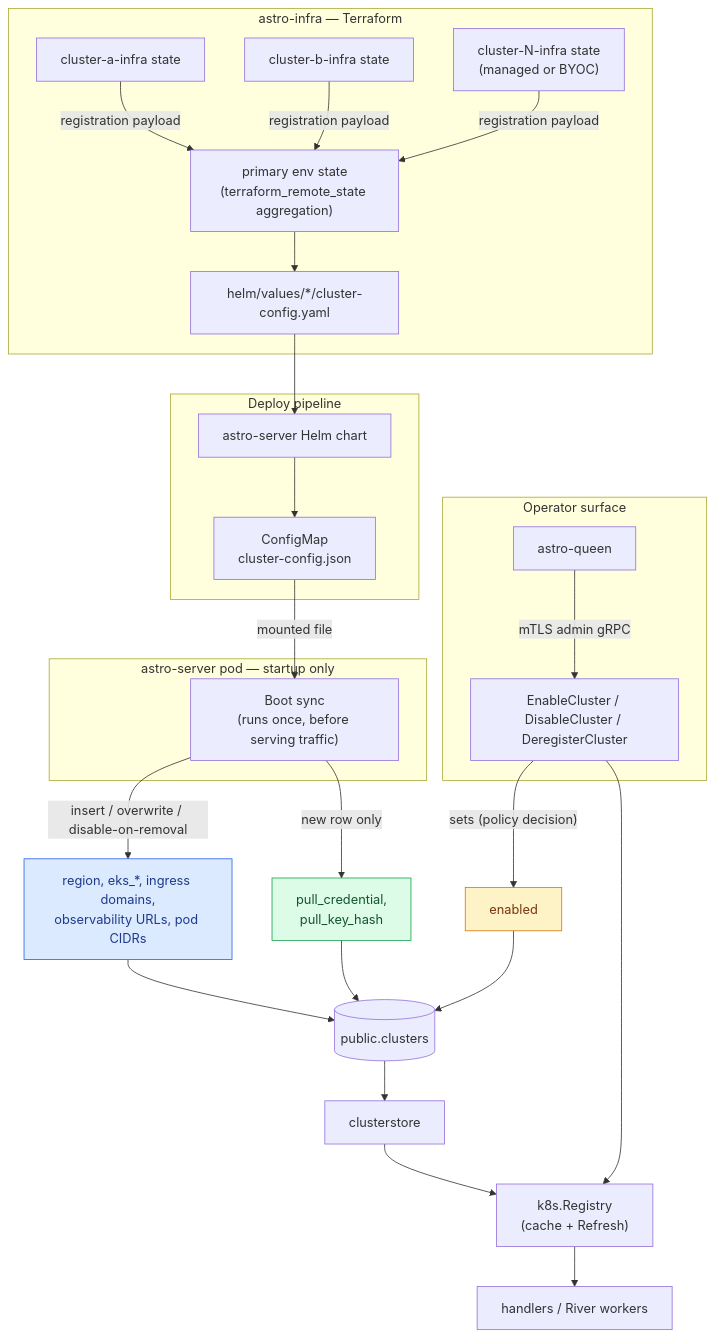
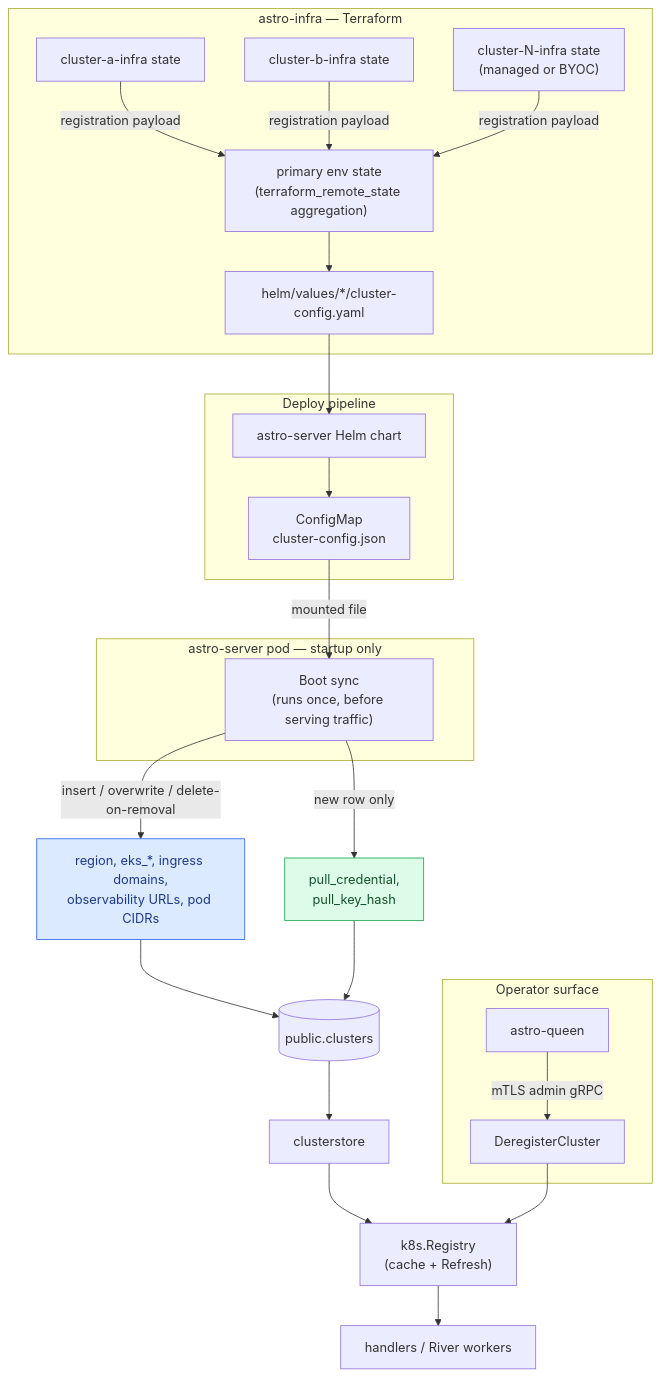
The diagram in docs/01-spec/cluster-registration-config-spec.md (astropods/astro-cli), drawn with Mermaid before and after one commit. The commit also changed other lines of this file and 46 other files, not shown here.

First line of the commit message:
Cluster config boot sync: drop primary-vs-additional split (#1953)

````diff
--- a/docs/01-spec/cluster-registration-config-spec.md
+++ b/docs/01-spec/cluster-registration-config-spec.md
@@ -21,44 +21,42 @@
 ```mermaid
 flowchart TD
     classDef config fill:#dbeafe,stroke:#2563eb,color:#1e3a8a
     classDef operator fill:#fef3c7,stroke:#d97706,color:#78350f
     classDef generated fill:#dcfce7,stroke:#16a34a,color:#14532d
 
     subgraph INFRA["astro-infra — Terraform"]
         C1["cluster-a-infra state"]
         C2["cluster-b-infra state"]
         CN["cluster-N-infra state<br/>(managed or BYOC)"]
         PRIMARY["primary env state<br/>(terraform_remote_state aggregation)"]
         C1 -- registration payload --> PRIMARY
         C2 -- registration payload --> PRIMARY
         CN -- registration payload --> PRIMARY
         PRIMARY --> VALUES["helm/values/*/cluster-config.yaml"]
     end
 
     subgraph DEPLOY["Deploy pipeline"]
         VALUES --> CHART["astro-server Helm chart"]
         CHART --> CM["ConfigMap<br/>cluster-config.json"]
     end
 
     subgraph POD["astro-server pod — startup only"]
         CM -- mounted file --> BOOT["Boot sync<br/>(runs once, before serving traffic)"]
     end
 
-    BOOT -- "insert / overwrite / disable-on-removal" --> CONNFIELDS["region, eks_*, ingress domains,<br/>observability URLs, pod CIDRs"]:::config
+    BOOT -- "insert / overwrite / delete-on-removal" --> CONNFIELDS["region, eks_*, ingress domains,<br/>observability URLs, pod CIDRs"]:::config
     BOOT -- "new row only" --> GENFIELDS["pull_credential,<br/>pull_key_hash"]:::generated
 
     CONNFIELDS --> TABLE[("public.clusters")]
     GENFIELDS --> TABLE
-    ENABLEFIELD["enabled"]:::operator --> TABLE
 
     TABLE --> CSTORE["clusterstore"]
     CSTORE --> REGISTRY["k8s.Registry<br/>(cache + Refresh)"]
     REGISTRY --> WORK["handlers / River workers"]
 
     subgraph ADMIN["Operator surface"]
-        QUEEN["astro-queen"] -- mTLS admin gRPC --> RPCS["EnableCluster / DisableCluster / DeregisterCluster"]
+        QUEEN["astro-queen"] -- mTLS admin gRPC --> RPCS["DeregisterCluster"]
     end
 
-    RPCS -- "sets (policy decision)" --> ENABLEFIELD
     RPCS --> REGISTRY
 ```
````
